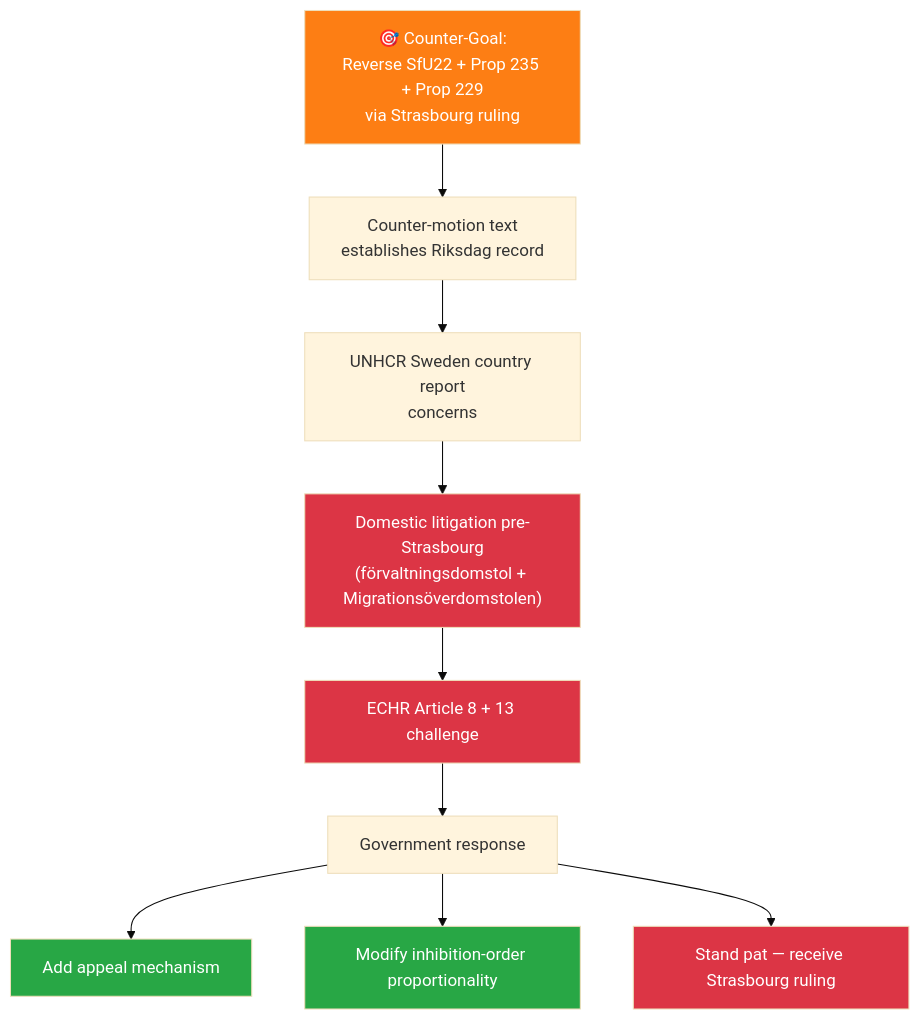
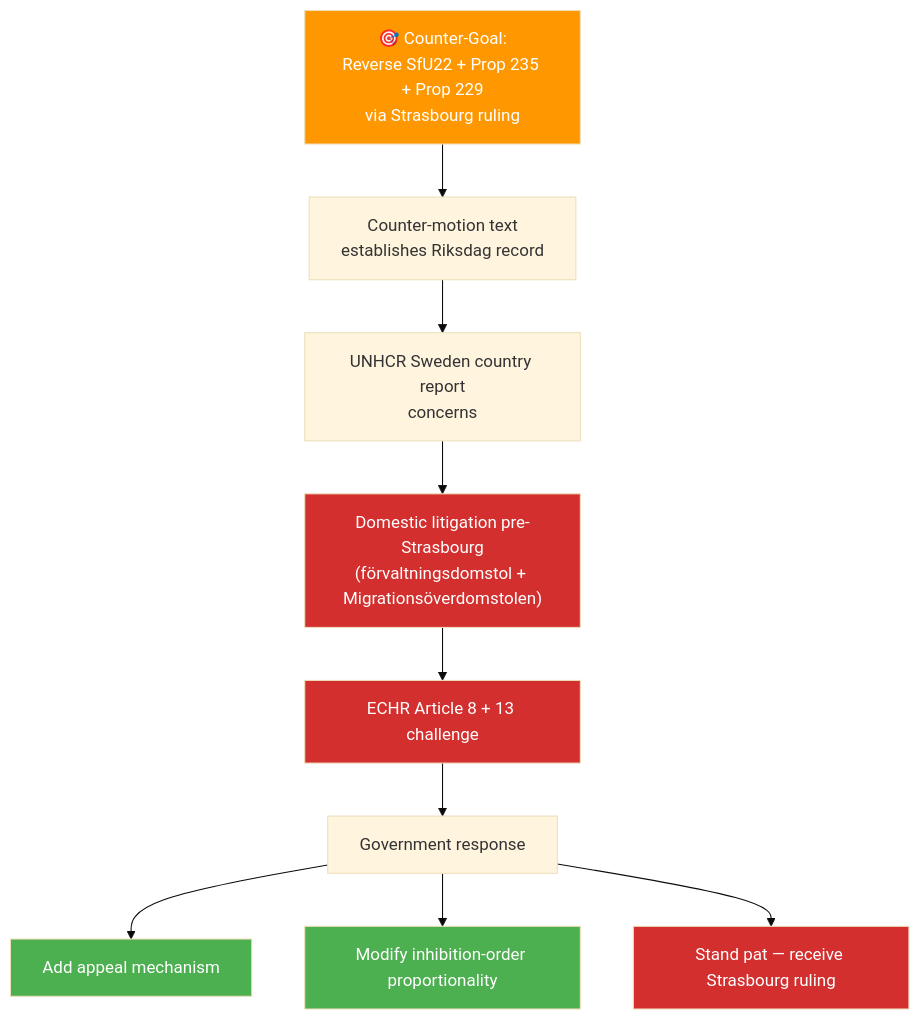
One commit to Hack23/riksdagsmonitor changed the third of 3 diagrams in analysis/daily/2026-04-18/weekly-review/threat-analysis.md. Above: the diagram before and after it, drawn with Mermaid (base theme). The commit also changed other lines of this file and 785 other files, not shown here.

First line of the commit message:
Normalize mermaid colors across 786 analysis artifacts to ISMS Style Guide palette

````diff
--- a/analysis/daily/2026-04-18/weekly-review/threat-analysis.md
+++ b/analysis/daily/2026-04-18/weekly-review/threat-analysis.md
@@ -220,31 +220,31 @@
 ```mermaid
 graph TD
     GOAL3["🎯 Counter-Goal:<br/>Reverse SfU22 + Prop 235 + Prop 229<br/>via Strasbourg ruling"]
 
     P1["Counter-motion text<br/>establishes Riksdag record"]
     P2["UNHCR Sweden country report<br/>concerns"]
     P3["Domestic litigation pre-Strasbourg<br/>(förvaltningsdomstol + Migrationsöverdomstolen)"]
     P4["ECHR Article 8 + 13 challenge"]
     P5["Government response"]
 
     GOAL3 --> P1
     P1 --> P2
     P2 --> P3
     P3 --> P4
     P4 --> P5
 
     P5a["Add appeal mechanism"]
     P5b["Modify inhibition-order proportionality"]
     P5c["Stand pat — receive Strasbourg ruling"]
 
     P5 --> P5a
     P5 --> P5b
     P5 --> P5c
 
-    style GOAL3 fill:#fd7e14,color:#fff
-    style P3 fill:#dc3545,color:#fff
-    style P4 fill:#dc3545,color:#fff
-    style P5a fill:#28a745,color:#fff
-    style P5b fill:#28a745,color:#fff
-    style P5c fill:#dc3545,color:#fff
+    style GOAL3 fill:#FF9800,color:#FFFFFF
+    style P3 fill:#D32F2F,color:#FFFFFF
+    style P4 fill:#D32F2F,color:#FFFFFF
+    style P5a fill:#4CAF50,color:#FFFFFF
+    style P5b fill:#4CAF50,color:#FFFFFF
+    style P5c fill:#D32F2F,color:#FFFFFF
 ```
````
